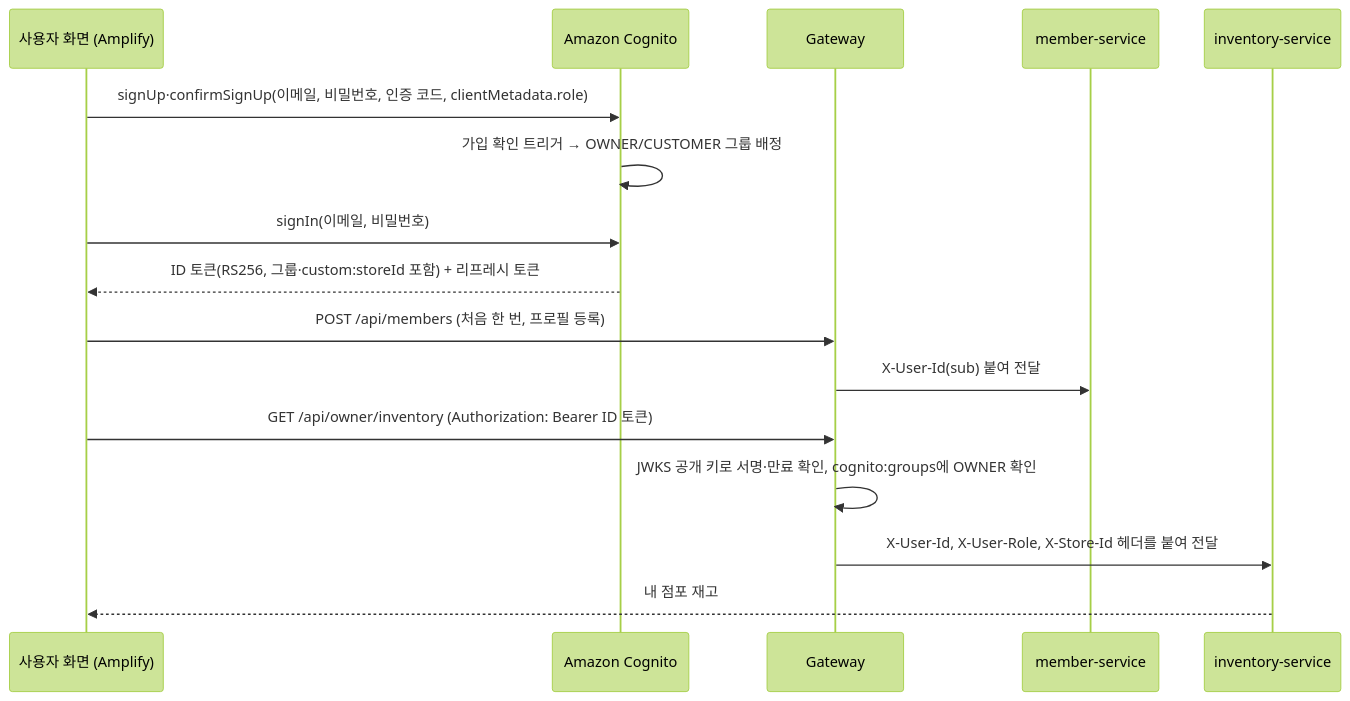
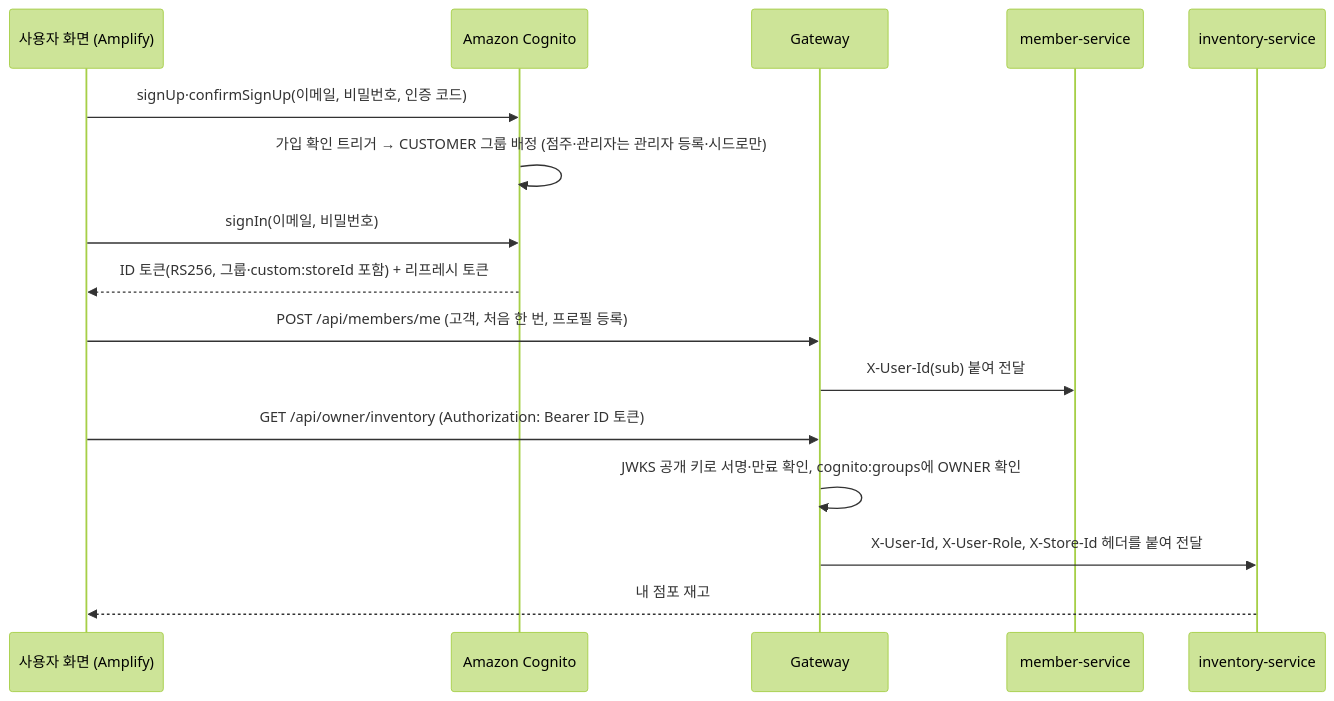
Before and after one commit to sesac-freshlink/.github: the fourth of 4 diagrams in docs/기획안-및-설계도.md, drawn with Mermaid (forest theme). The commit also changed other lines of this file and 12 other files, not shown here.

````diff
--- a/docs/기획안-및-설계도.md
+++ b/docs/기획안-및-설계도.md
@@ -257,19 +257,19 @@
 ```mermaid
 sequenceDiagram
     participant U as 사용자 화면 (Amplify)
     participant COG as Amazon Cognito
     participant GW as Gateway
     participant MEM as member-service
     participant INV as inventory-service
 
-    U->>COG: signUp·confirmSignUp(이메일, 비밀번호, 인증 코드, clientMetadata.role)
-    COG->>COG: 가입 확인 트리거 → OWNER/CUSTOMER 그룹 배정
+    U->>COG: signUp·confirmSignUp(이메일, 비밀번호, 인증 코드)
+    COG->>COG: 가입 확인 트리거 → CUSTOMER 그룹 배정 (점주·관리자는 관리자 등록·시드로만)
     U->>COG: signIn(이메일, 비밀번호)
     COG-->>U: ID 토큰(RS256, 그룹·custom:storeId 포함) + 리프레시 토큰
-    U->>GW: POST /api/members (처음 한 번, 프로필 등록)
+    U->>GW: POST /api/members/me (고객, 처음 한 번, 프로필 등록)
     GW->>MEM: X-User-Id(sub) 붙여 전달
     U->>GW: GET /api/owner/inventory (Authorization: Bearer ID 토큰)
     GW->>GW: JWKS 공개 키로 서명·만료 확인, cognito:groups에 OWNER 확인
     GW->>INV: X-User-Id, X-User-Role, X-Store-Id 헤더를 붙여 전달
     INV-->>U: 내 점포 재고
 ```
````
